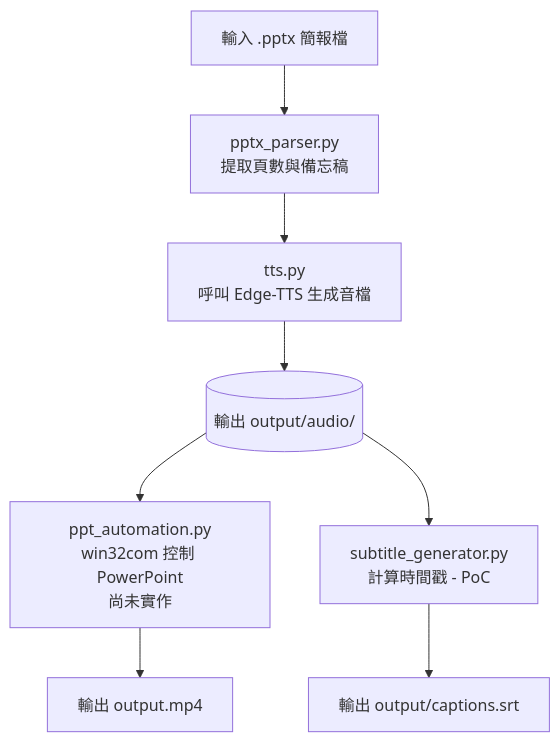
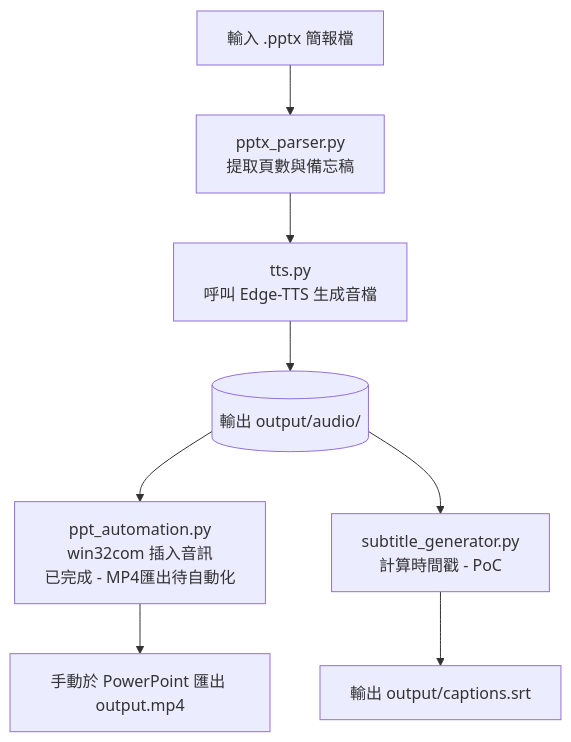
The diagram in README.md (shuanhao/pptx2video), drawn with Mermaid before and after one commit. The commit also changed other lines of this file and 6 other files, not shown here.

Commit message:
feat: insert audio into PPTX via PowerPoint COM automation, verified with video export

````diff
--- a/README.md
+++ b/README.md
@@ -239,12 +276,12 @@
 ```mermaid
 graph TD
     A[輸入 .pptx 簡報檔] --> B[pptx_parser.py<br>提取頁數與備忘稿]
     B --> C[tts.py<br>呼叫 Edge-TTS 生成音檔]
     C --> D[(輸出 output/audio/)]
 
-    D --> E[ppt_automation.py<br>win32com 控制 PowerPoint<br>尚未實作]
+    D --> E[ppt_automation.py<br>win32com 插入音訊<br>已完成 - MP4匯出待自動化]
     D --> F[subtitle_generator.py<br>計算時間戳 - PoC]
 
-    E --> G[輸出 output.mp4]
+    E --> G[手動於 PowerPoint 匯出 output.mp4]
     F --> H[輸出 output/captions.srt]
 ```
````
